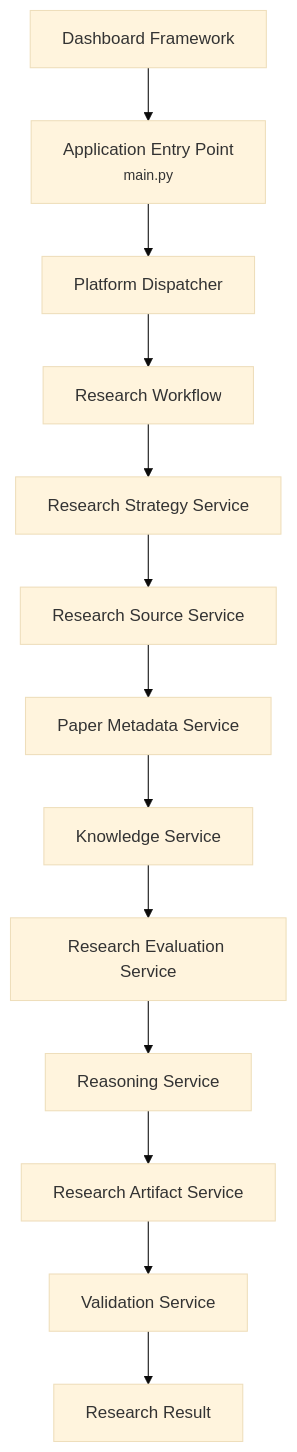
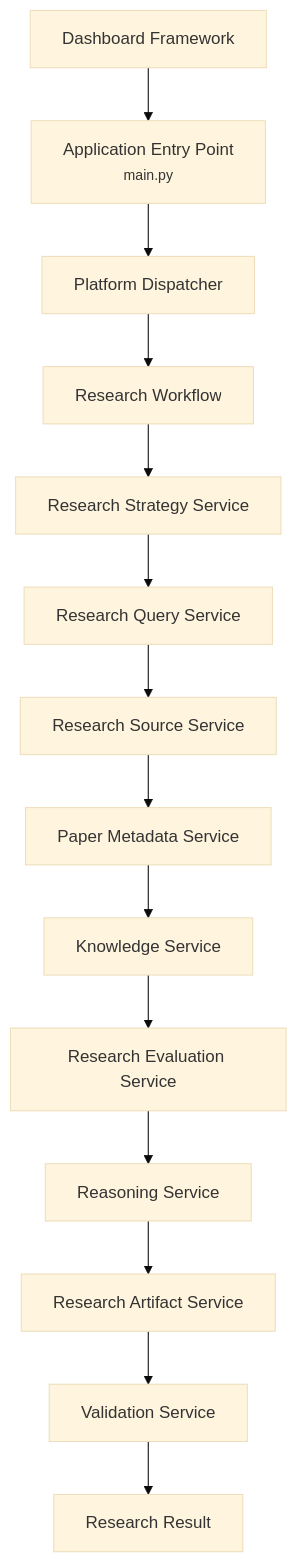
Before and after one commit to pgailinas/project0: the diagram in docs/agents/research/Research_Agent_Architecture.md, drawn with Mermaid (base theme). The commit also changed other lines of this file and 6 other files, not shown here.

````diff
--- a/docs/agents/research/Research_Agent_Architecture.md
+++ b/docs/agents/research/Research_Agent_Architecture.md
@@ -70,32 +70,34 @@
 ``` mermaid
 flowchart TD
     UI["Dashboard Framework"]
     A["Application Entry Point<br/><small>main.py</small>"]
     B["Platform Dispatcher"]
     C["Research Workflow"]
 
     D["Research Strategy Service"]
+    Q["Research Query Service"]
     E["Research Source Service"]
     F["Paper Metadata Service"]
     G["Knowledge Service"]
     H["Research Evaluation Service"]
     I["Reasoning Service"]
     J["Research Artifact Service"]
     K["Validation Service"]
 
     L["Research Result"]
 
     UI --> A
     A --> B
     B --> C
 
     C --> D
-    D --> E
+    D --> Q
+    Q --> E
     E --> F
     F --> G
     G --> H
     H --> I
     I --> J
     J --> K
     K --> L
 ```
````
